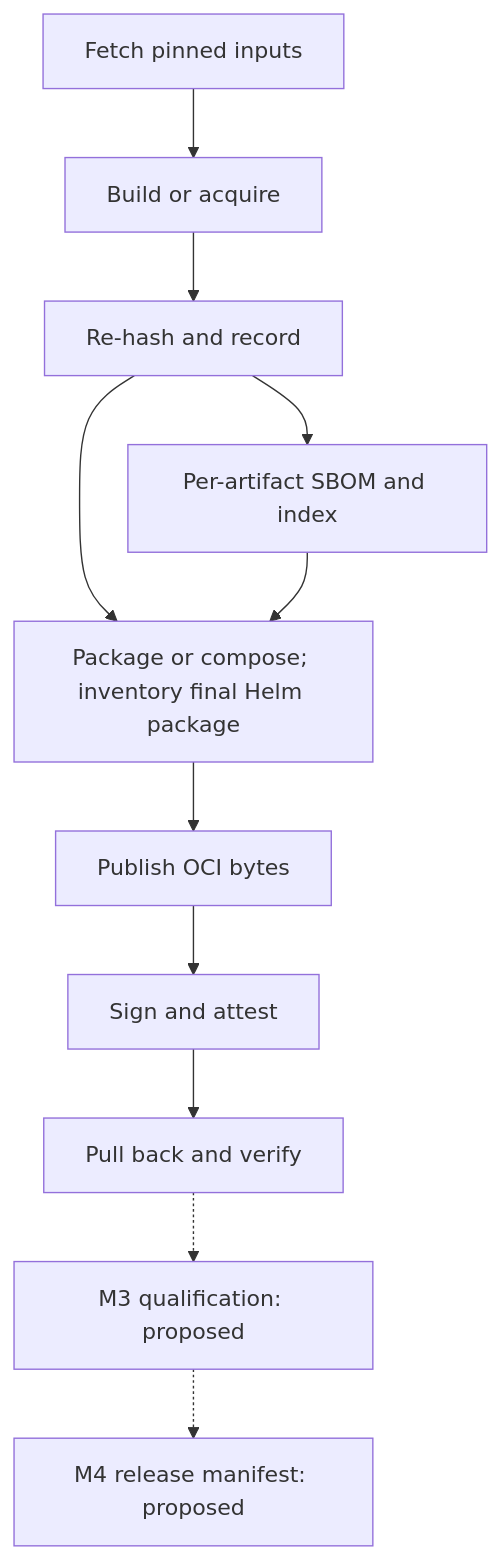
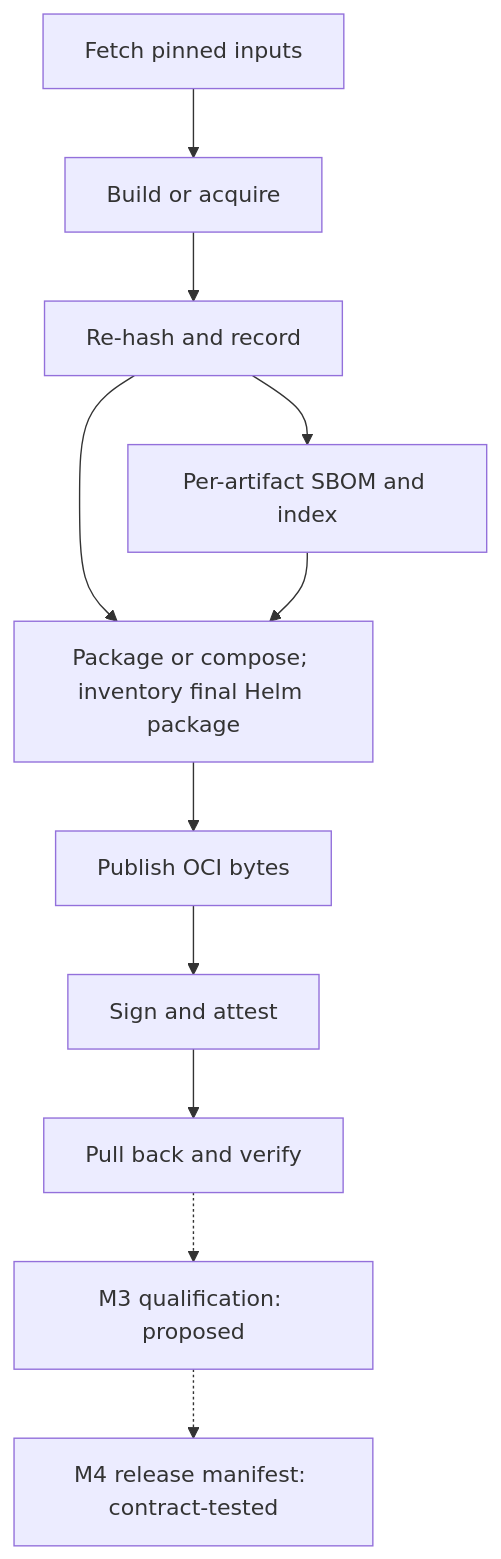
Before and after one commit to dsx-ai-factory/nvkr: the fourth of 6 diagrams in docs/sadd.md, drawn with Mermaid. The commit also changed other lines of this file and 16 other files, not shown here.

````diff
--- a/docs/sadd.md
+++ b/docs/sadd.md
@@ -623,13 +623,13 @@
 ```mermaid
 flowchart TB
   Fetch["Fetch pinned inputs"] --> Produce["Build or acquire"]
   Produce --> Observe["Re-hash and record"]
   Observe --> SBOM["Per-artifact SBOM and index"]
   Observe --> Package["Package or compose; inventory final Helm package"]
   SBOM --> Package
   Package --> Publish["Publish OCI bytes"]
   Publish --> Sign["Sign and attest"]
   Sign --> Verify["Pull back and verify"]
   Verify -.-> Qualify["M3 qualification: proposed"]
-  Qualify -.-> Release["M4 release manifest: proposed"]
+  Qualify -.-> Release["M4 release manifest: contract-tested"]
 ```
````
